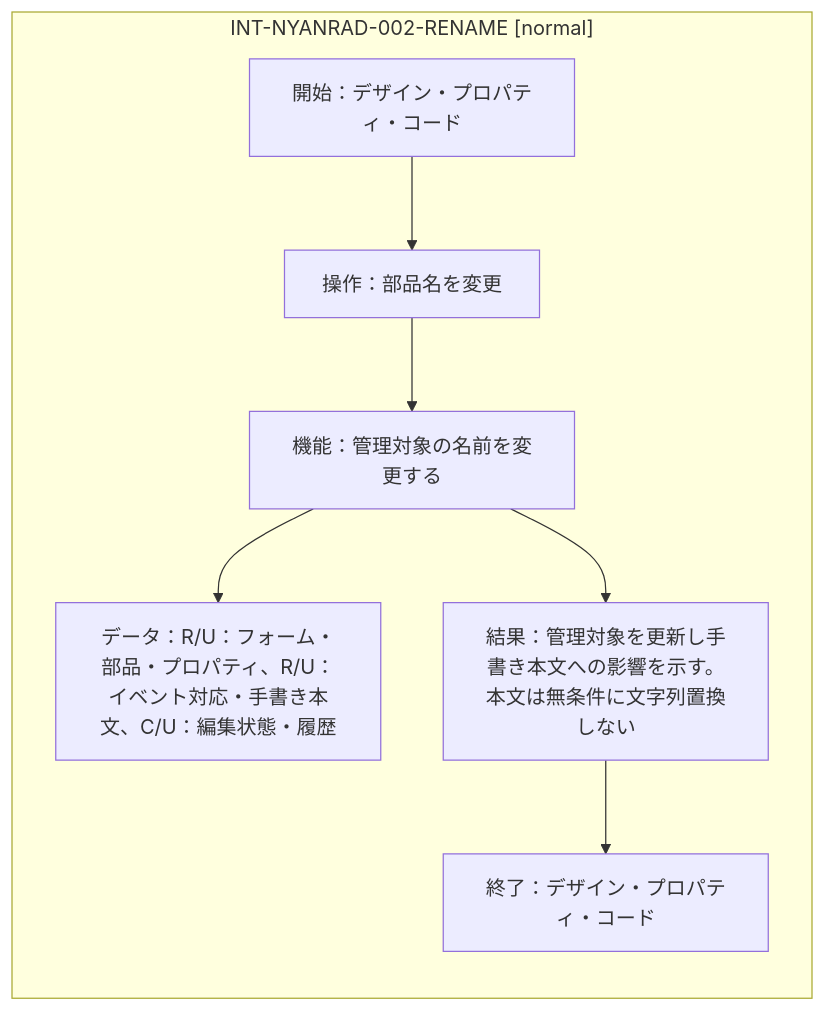
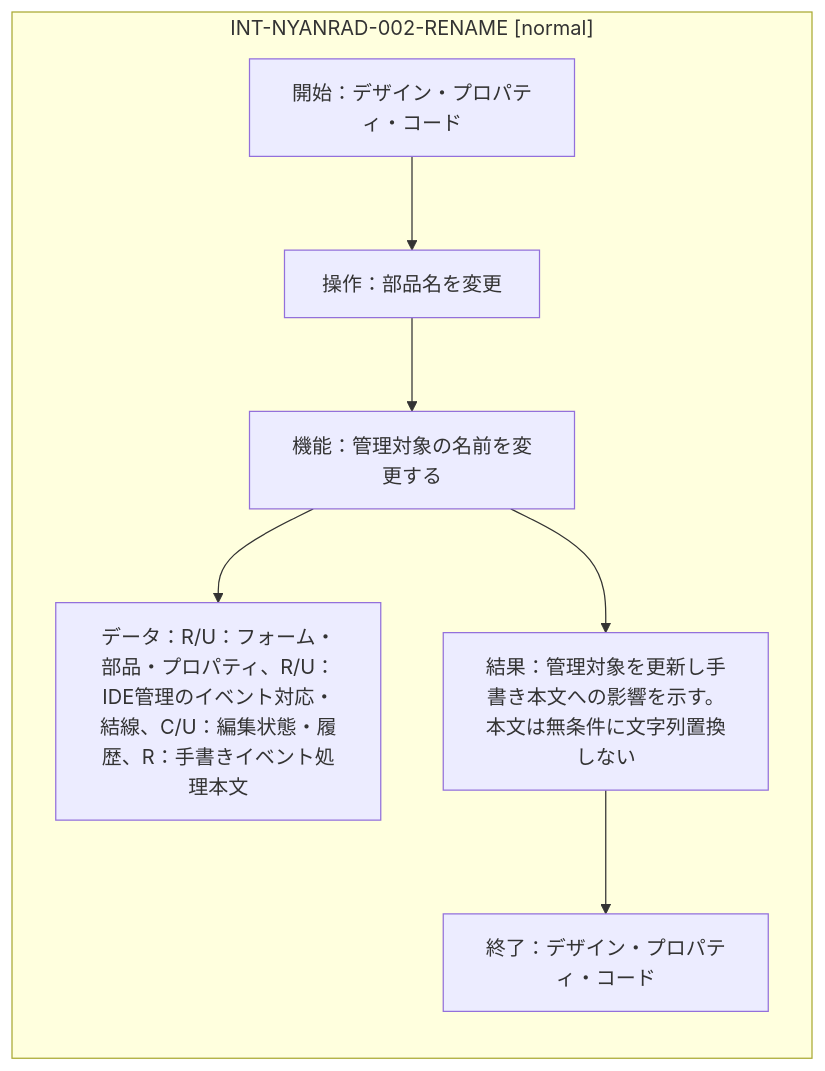
One commit to kosaru/NyanRAD changed the diagram in planning/ifdam/IFDAM-NYANRAD-002/diagrams/08.mmd. Above: the diagram before and after it, drawn with Mermaid. The commit also changed 37 other files, not shown here.

```diff
--- a/planning/ifdam/IFDAM-NYANRAD-002/diagrams/08.mmd
+++ b/planning/ifdam/IFDAM-NYANRAD-002/diagrams/08.mmd
@@ -1,6 +1,6 @@
 flowchart LR
   subgraph I["INT-NYANRAD-002-RENAME [normal]"]
     U["開始：デザイン・プロパティ・コード"] --> E["操作：部品名を変更"] --> F["機能：管理対象の名前を変更する"]
-    F --> D["データ：R/U：フォーム・部品・プロパティ、R/U：イベント対応・手書き本文、C/U：編集状態・履歴"]
+    F --> D["データ：R/U：フォーム・部品・プロパティ、R/U：IDE管理のイベント対応・結線、C/U：編集状態・履歴、R：手書きイベント処理本文"]
     F --> R["結果：管理対象を更新し手書き本文への影響を示す。本文は無条件に文字列置換しない"] --> T["終了：デザイン・プロパティ・コード"]
   end
```
